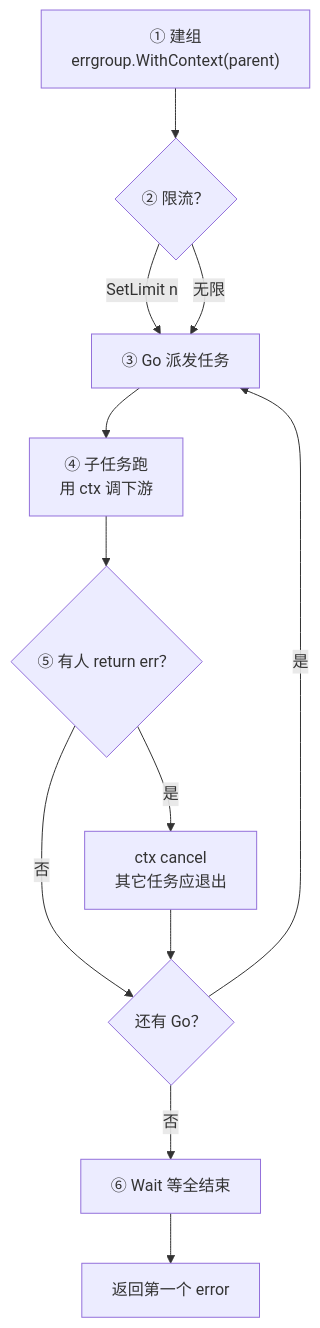
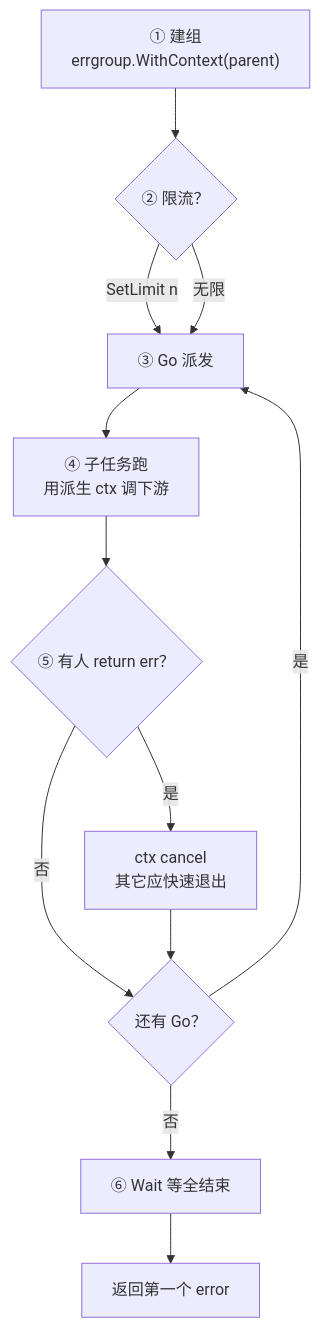
The first of 3 diagrams in 05-开发能力/03-Go/09-errgroup与并发限流/知识点.md (ml-cuizijun/LearnToLilith), drawn with Mermaid before and after one commit. The commit also changed other lines of this file and 178 other files, not shown here.

````diff
--- a/05-开发能力/03-Go/09-errgroup与并发限流/知识点.md
+++ b/05-开发能力/03-Go/09-errgroup与并发限流/知识点.md
@@ -53,14 +77,14 @@
 ```mermaid
 flowchart TB
     START["① 建组<br/>errgroup.WithContext(parent)"] --> LIMIT{"② 限流？"}
-    LIMIT -->|SetLimit n| GO["③ Go 派发任务"]
+    LIMIT -->|SetLimit n| GO["③ Go 派发"]
     LIMIT -->|无限| GO
-    GO --> RUN["④ 子任务跑<br/>用 ctx 调下游"]
+    GO --> RUN["④ 子任务跑<br/>用派生 ctx 调下游"]
     RUN --> ERR{"⑤ 有人 return err？"}
-    ERR -->|是| CANCEL["ctx cancel<br/>其它任务应退出"]
+    ERR -->|是| CANCEL["ctx cancel<br/>其它应快速退出"]
     ERR -->|否| MORE{"还有 Go？"}
     CANCEL --> MORE
     MORE -->|是| GO
     MORE -->|否| WAIT["⑥ Wait 等全结束"]
     WAIT --> RET["返回第一个 error"]
 ```
````
